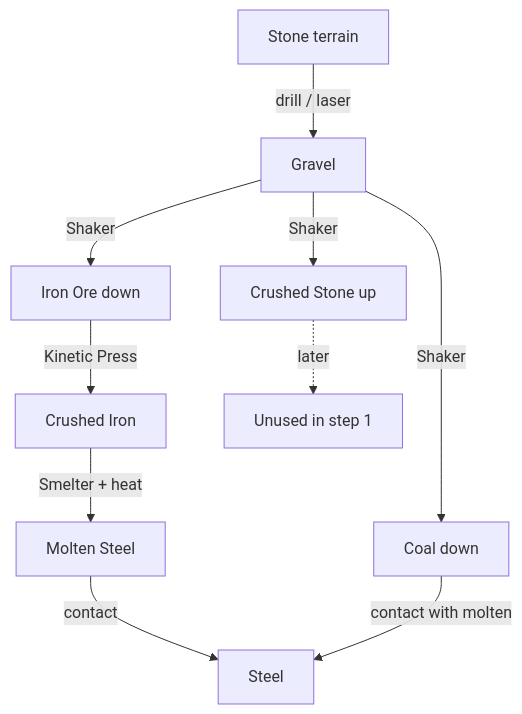
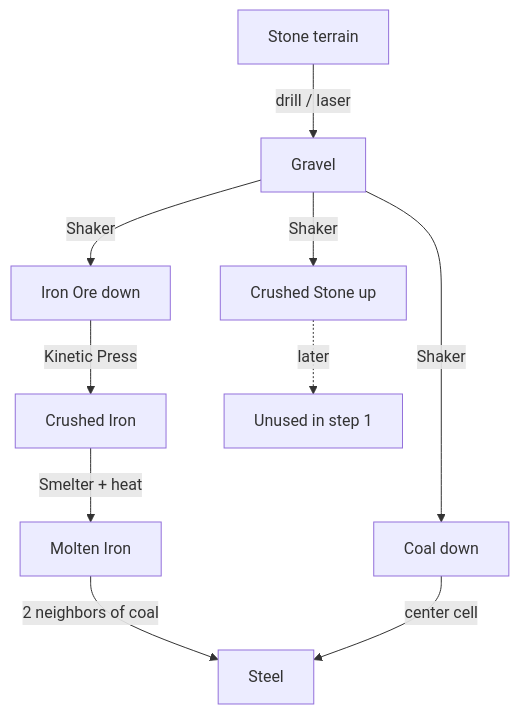
Before and after one commit to sandustry-modding/SandustryStoneworks: the first of 5 diagrams in docs/steel.md, drawn with Mermaid. The commit also changed other lines of this file and 12 other files, not shown here.

First line of the commit message:
Finish steel from two molten iron neighbors and make the metals fall as heavy solids.

````diff
--- a/docs/steel.md
+++ b/docs/steel.md
@@ -20,14 +26,14 @@
 ```mermaid
 flowchart TD
   stone[Stone terrain] -->|drill / laser| gravel[Gravel]
   gravel -->|Shaker| crushedStone[Crushed Stone up]
   gravel -->|Shaker| ironOre[Iron Ore down]
   gravel -->|Shaker| coal[Coal down]
 
   ironOre -->|Kinetic Press| crushedIron[Crushed Iron]
-  crushedIron -->|Smelter + heat| molten[Molten Steel]
-  molten -->|contact| steel[Steel]
-  coal -->|contact with molten| steel
+  crushedIron -->|Smelter + heat| moltenIron[Molten Iron]
+  moltenIron -->|2 neighbors of coal| steel[Steel]
+  coal -->|center cell| steel
 
   crushedStone -.->|later| unused[Unused in step 1]
 ```
````
